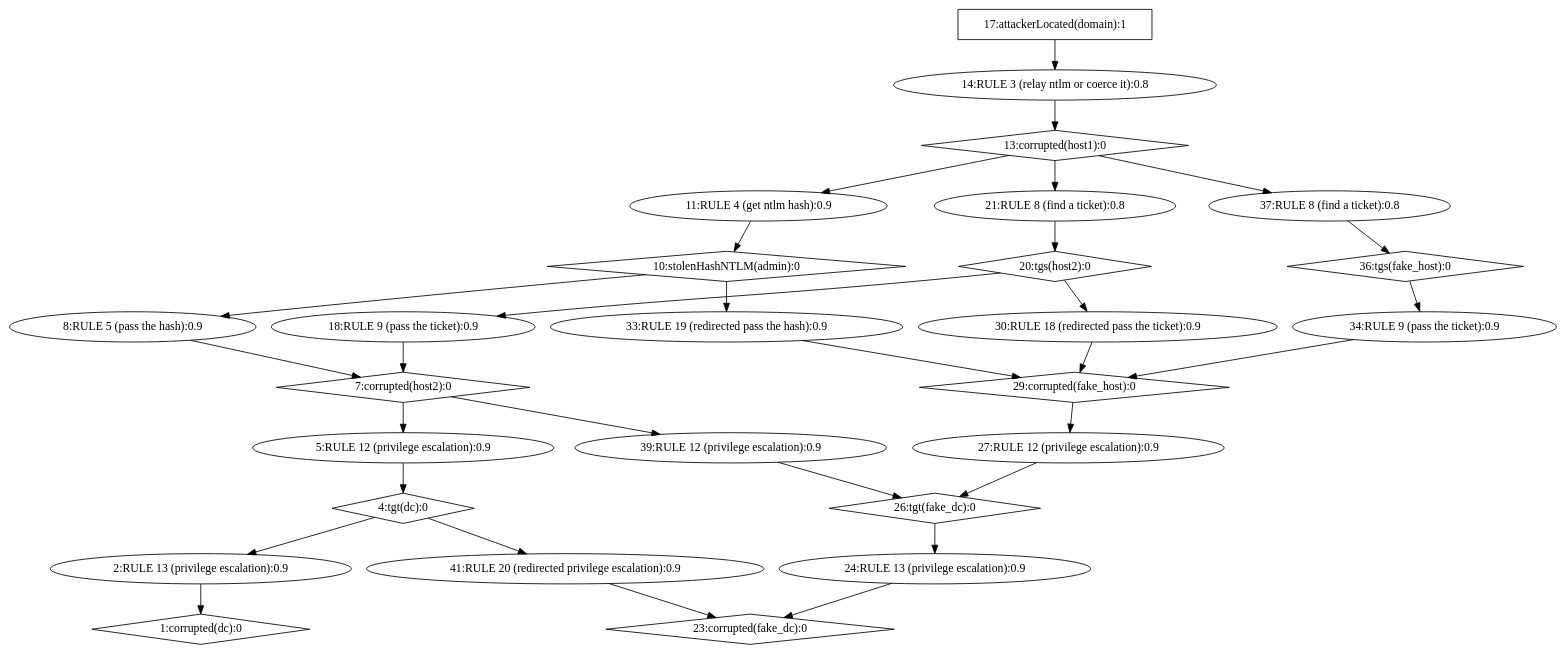
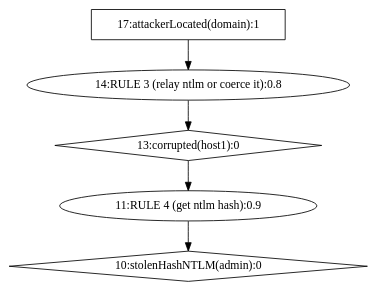
Before and after one commit to NathanaeldeLaChesnais/attacker_profiling_for_BAG_with_honeypots: the diagram in Personnal_simulations/output_HighLevel/strongly_connected_components/ag-nocycles.dot, drawn with Graphviz. The commit also changed 16 other files, not shown here.

```diff
--- a/Personnal_simulations/output_HighLevel/strongly_connected_components/ag-nocycles.dot
+++ b/Personnal_simulations/output_HighLevel/strongly_connected_components/ag-nocycles.dot
@@ -1,58 +1,11 @@
 strict digraph G {
-  1 [ label="1:corrupted(dc):0" shape="diamond" CVE="null" ];
-  2 [ label="2:RULE 13 (privilege escalation):0.9" shape="ellipse" CVE="exploit_tgt" ];
-  3 [ label="4:tgt(dc):0" shape="diamond" CVE="null" ];
-  4 [ label="5:RULE 12 (privilege escalation):0.9" shape="ellipse" CVE="asks_kerberos_ticket" ];
-  5 [ label="7:corrupted(host2):0" shape="diamond" CVE="null" ];
-  6 [ label="8:RULE 5 (pass the hash):0.9" shape="ellipse" CVE="default_admin_pth" ];
   7 [ label="10:stolenHashNTLM(admin):0" shape="diamond" CVE="null" ];
   8 [ label="11:RULE 4 (get ntlm hash):0.9" shape="ellipse" CVE="ntlm_hash" ];
   9 [ label="13:corrupted(host1):0" shape="diamond" CVE="null" ];
   10 [ label="14:RULE 3 (relay ntlm or coerce it):0.8" shape="ellipse" CVE="relay_ntlm_bot" ];
   11 [ label="17:attackerLocated(domain):1" shape="box" CVE="null" ];
-  12 [ label="18:RULE 9 (pass the ticket):0.9" shape="ellipse" CVE="ptt" ];
-  13 [ label="20:tgs(host2):0" shape="diamond" CVE="null" ];
-  14 [ label="21:RULE 8 (find a ticket):0.8" shape="ellipse" CVE="tgs" ];
-  15 [ label="23:corrupted(fake_dc):0" shape="diamond" CVE="null" ];
-  16 [ label="24:RULE 13 (privilege escalation):0.9" shape="ellipse" CVE="exploit_tgt" ];
-  17 [ label="26:tgt(fake_dc):0" shape="diamond" CVE="null" ];
-  18 [ label="27:RULE 12 (privilege escalation):0.9" shape="ellipse" CVE="asks_kerberos_ticket" ];
-  19 [ label="29:corrupted(fake_host):0" shape="diamond" CVE="null" ];
-  20 [ label="30:RULE 18 (redirected pass the ticket):0.9" shape="ellipse" CVE="ptt" ];
-  21 [ label="33:RULE 19 (redirected pass the hash):0.9" shape="ellipse" CVE="default_admin_pth" ];
-  22 [ label="34:RULE 9 (pass the ticket):0.9" shape="ellipse" CVE="ptt" ];
-  23 [ label="36:tgs(fake_host):0" shape="diamond" CVE="null" ];
-  24 [ label="37:RULE 8 (find a ticket):0.8" shape="ellipse" CVE="tgs" ];
-  25 [ label="39:RULE 12 (privilege escalation):0.9" shape="ellipse" CVE="asks_kerberos_ticket" ];
-  26 [ label="41:RULE 20 (redirected privilege escalation):0.9" shape="ellipse" CVE="exploit_tgt" ];
   11 -> 10 [ color="black" ];
   10 -> 9 [ color="black" ];
   9 -> 8 [ color="black" ];
   8 -> 7 [ color="black" ];
-  7 -> 6 [ color="black" ];
-  6 -> 5 [ color="black" ];
-  9 -> 14 [ color="black" ];
-  14 -> 13 [ color="black" ];
-  13 -> 12 [ color="black" ];
-  12 -> 5 [ color="black" ];
-  5 -> 4 [ color="black" ];
-  4 -> 3 [ color="black" ];
-  3 -> 2 [ color="black" ];
-  2 -> 1 [ color="black" ];
-  13 -> 20 [ color="black" ];
-  20 -> 19 [ color="black" ];
-  7 -> 21 [ color="black" ];
-  21 -> 19 [ color="black" ];
-  9 -> 24 [ color="black" ];
-  24 -> 23 [ color="black" ];
-  23 -> 22 [ color="black" ];
-  22 -> 19 [ color="black" ];
-  19 -> 18 [ color="black" ];
-  18 -> 17 [ color="black" ];
-  5 -> 25 [ color="black" ];
-  25 -> 17 [ color="black" ];
-  17 -> 16 [ color="black" ];
-  16 -> 15 [ color="black" ];
-  3 -> 26 [ color="black" ];
-  26 -> 15 [ color="black" ];
 }
```
